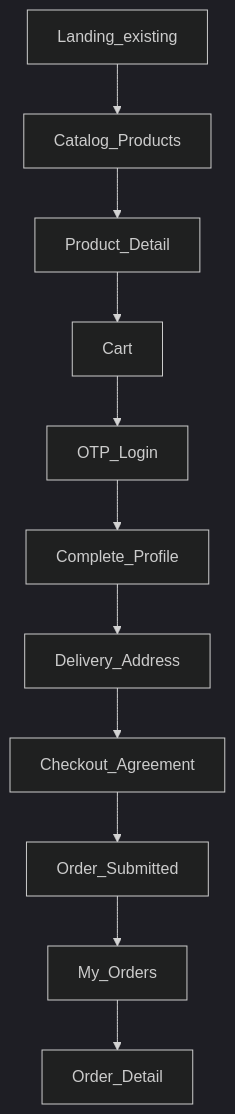
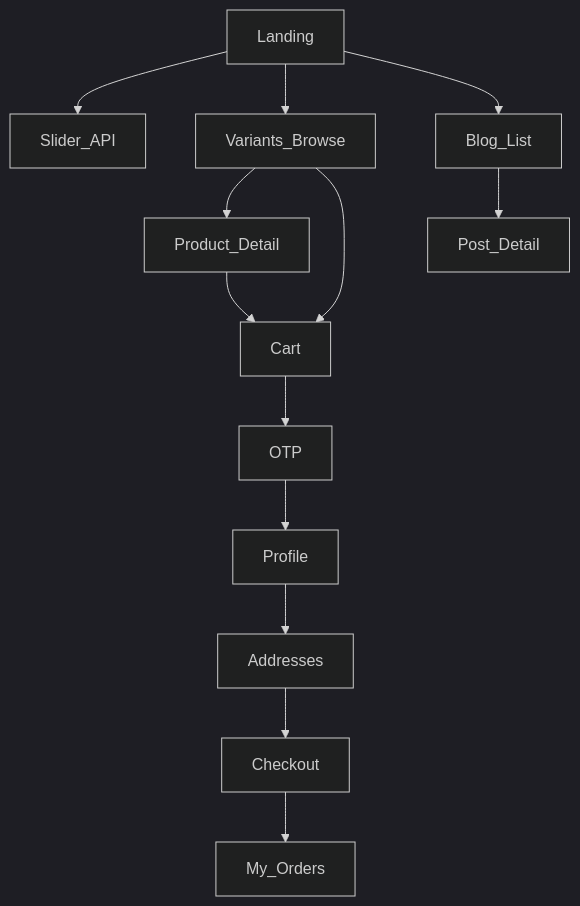
The diagram in docs/frontend-integration.md (ArashAslani/hyper-ahan), drawn with Mermaid (dark theme) before and after one commit. The commit also changed other lines of this file and 124 other files, not shown here.

````diff
--- a/docs/frontend-integration.md
+++ b/docs/frontend-integration.md
@@ -111,13 +142,15 @@
 ```mermaid
 flowchart TD
-  landing[Landing_existing] --> catalog[Catalog_Products]
+  landing[Landing] --> slider[Slider_API]
+  landing --> catalog[Variants_Browse]
+  landing --> blog[Blog_List]
   catalog --> product[Product_Detail]
   product --> cart[Cart]
-  cart --> otp[OTP_Login]
-  otp --> profile[Complete_Profile]
-  profile --> address[Delivery_Address]
-  address --> checkout[Checkout_Agreement]
-  checkout --> success[Order_Submitted]
-  success --> myOrders[My_Orders]
-  myOrders --> orderDetail[Order_Detail]
+  catalog --> cart
+  blog --> post[Post_Detail]
+  cart --> otp[OTP]
+  otp --> profile[Profile]
+  profile --> address[Addresses]
+  address --> checkout[Checkout]
+  checkout --> myOrders[My_Orders]
 ```
````
